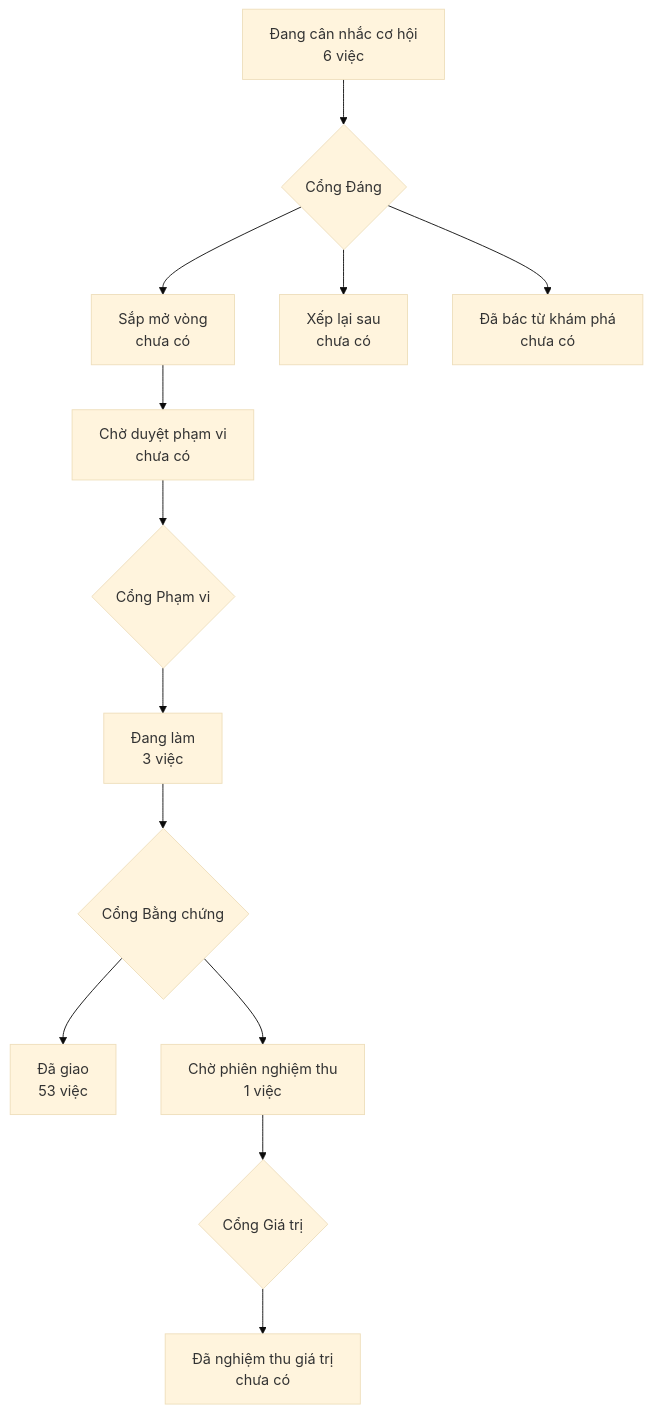
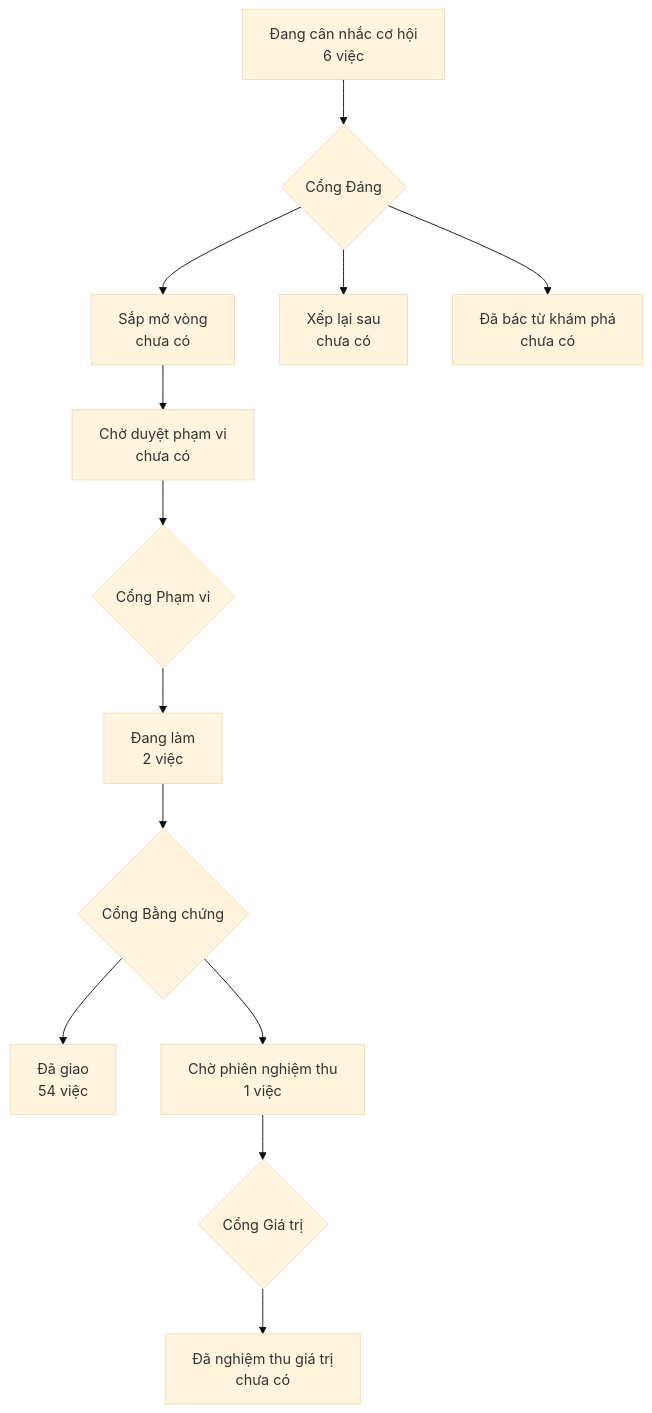
One commit to phanlemanh/acceptance-gate-kit changed the diagram in PRODUCT-MAP.md. Above: the diagram before and after it, drawn with Mermaid (base theme). The commit also changed 3 other files, not shown here.

Commit message:
acceptance(release-2-3-0): owner ký Cổng Bằng chứng 2026-08-22 — signed-off + bản đồ vẽ lại cùng lượt

````diff
--- a/PRODUCT-MAP.md
+++ b/PRODUCT-MAP.md
@@ -6,12 +6,12 @@
 ```mermaid
 flowchart TD
   A["Đang cân nhắc cơ hội<br/>6 việc"] --> GD{"Cổng Đáng"}
   GD --> B["Sắp mở vòng<br/>chưa có"]
   GD --> XL["Xếp lại sau<br/>chưa có"]
   GD --> DB["Đã bác từ khám phá<br/>chưa có"]
   B --> CD["Chờ duyệt phạm vi<br/>chưa có"] --> GP{"Cổng Phạm vi"}
-  GP --> DL["Đang làm<br/>3 việc"] --> GB{"Cổng Bằng chứng"}
-  GB --> DG["Đã giao<br/>53 việc"]
+  GP --> DL["Đang làm<br/>2 việc"] --> GB{"Cổng Bằng chứng"}
+  GB --> DG["Đã giao<br/>54 việc"]
   GB --> CN["Chờ phiên nghiệm thu<br/>1 việc"] --> GG{"Cổng Giá trị"}
   GG --> NT["Đã nghiệm thu giá trị<br/>chưa có"]
 ```
````
